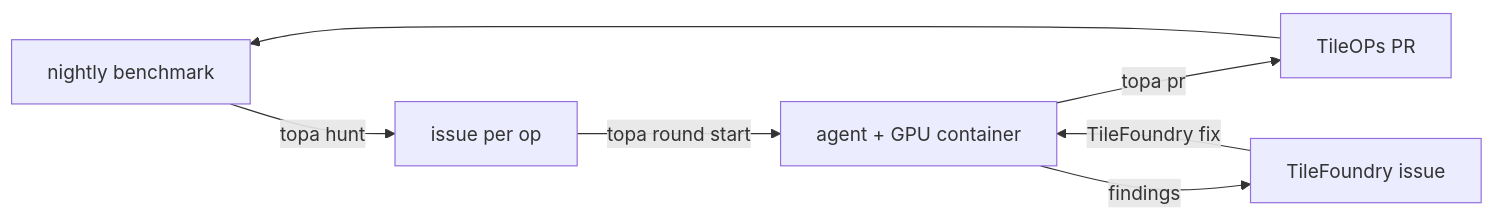
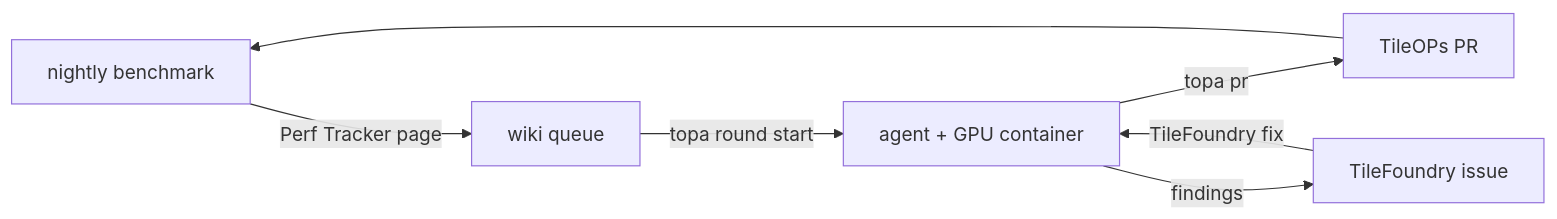
One commit to lcy-seso/topa changed the diagram in docs/workflow.md. Above: the diagram before and after it, drawn with Mermaid. The commit also changed other lines of this file and 23 other files, not shown here.

````diff
--- a/docs/workflow.md
+++ b/docs/workflow.md
@@ -20,9 +28,9 @@
 ```mermaid
 flowchart LR
-    N["nightly benchmark"] -- "topa hunt" --> I["issue per op"]
-    I -- "topa round start" --> A["agent + GPU container"]
+    N["nightly benchmark"] -- "Perf Tracker page" --> Q["wiki queue"]
+    Q -- "topa round start" --> A["agent + GPU container"]
     A -- "topa pr" --> P["TileOPs PR"]
     A -- "findings" --> F["TileFoundry issue"]
     P --> N
     F -- "TileFoundry fix" --> A
 ```
````
